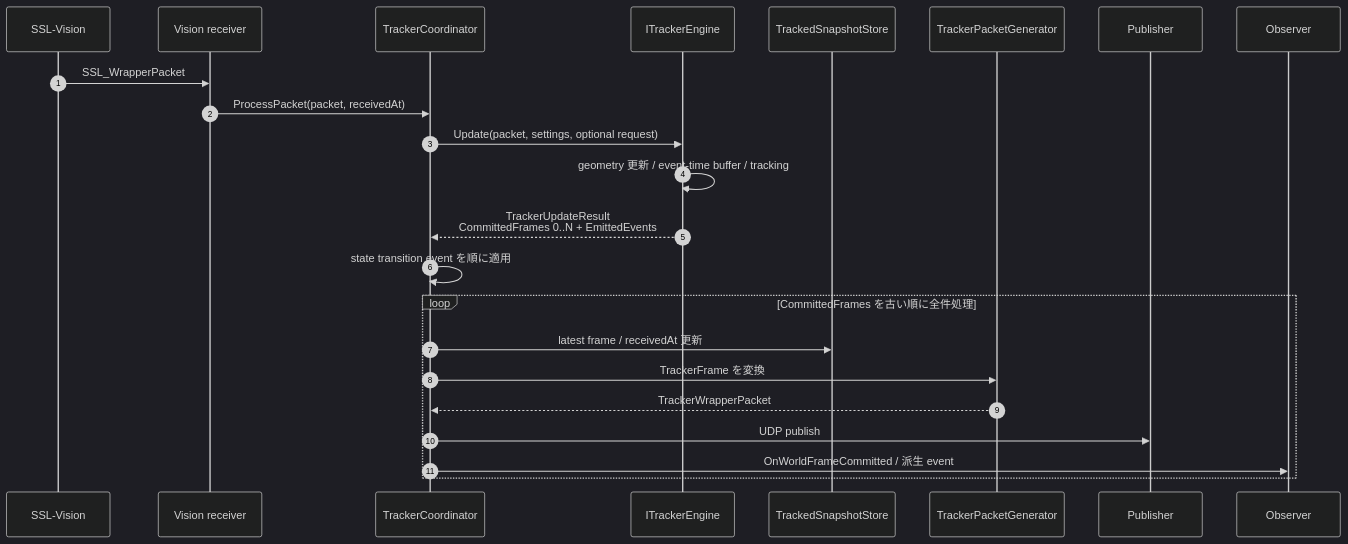
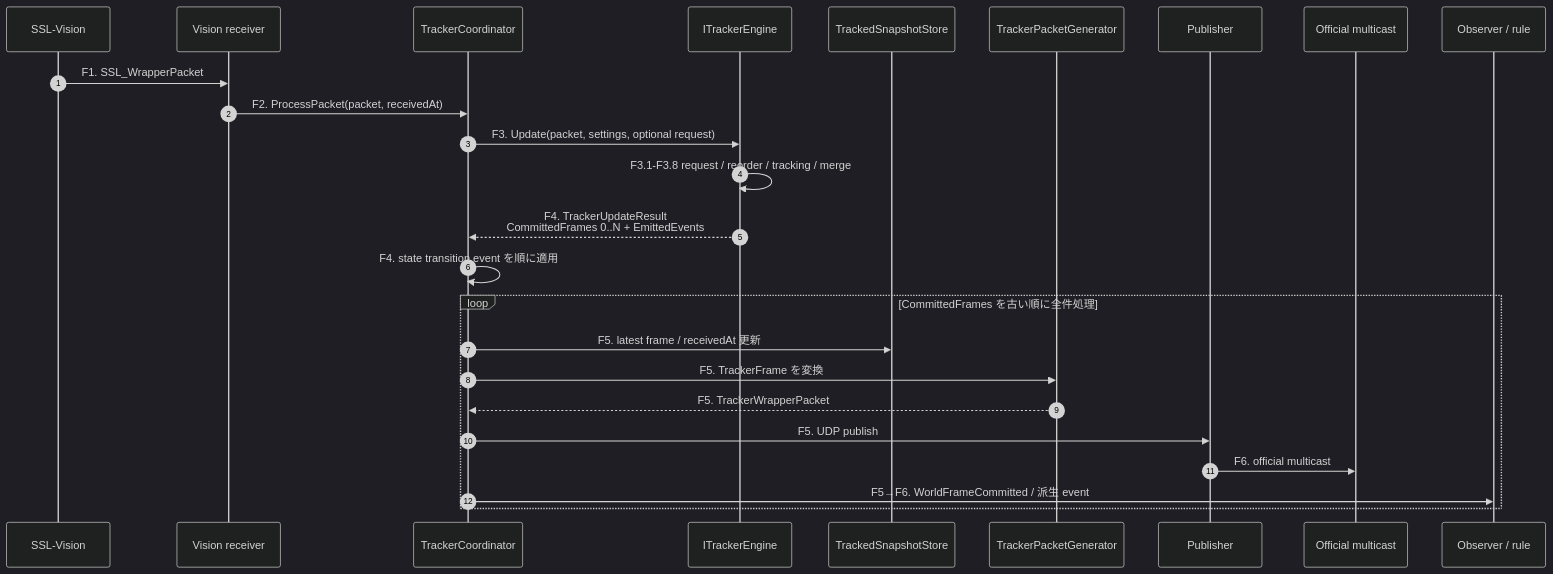
Before and after one commit to ibis-ssl/Duck: the third of 11 diagrams in Tracker/Design/Core/tracker-architecture-plan.md, drawn with Mermaid (dark theme). The commit also changed other lines of this file, not shown here.

Commit message:
docs(tracker): 全体フローと詳細図の対応を明示する

````diff
--- a/Tracker/Design/Core/tracker-architecture-plan.md
+++ b/Tracker/Design/Core/tracker-architecture-plan.md
@@ -119,28 +173,30 @@
 ```mermaid
 sequenceDiagram
     autonumber
     participant V as SSL-Vision
     participant R as Vision receiver
     participant C as TrackerCoordinator
     participant E as ITrackerEngine
     participant S as TrackedSnapshotStore
     participant G as TrackerPacketGenerator
     participant P as Publisher
-    participant O as Observer
+    participant M as Official multicast
+    participant O as Observer / rule
 
-    V->>R: SSL_WrapperPacket
-    R->>C: ProcessPacket(packet, receivedAt)
-    C->>E: Update(packet, settings, optional request)
-    E->>E: geometry 更新 / event-time buffer / tracking
-    E-->>C: TrackerUpdateResult<br/>CommittedFrames 0..N + EmittedEvents
+    V->>R: F1. SSL_WrapperPacket
+    R->>C: F2. ProcessPacket(packet, receivedAt)
+    C->>E: F3. Update(packet, settings, optional request)
+    E->>E: F3.1-F3.8 request / reorder / tracking / merge
+    E-->>C: F4. TrackerUpdateResult<br/>CommittedFrames 0..N + EmittedEvents
 
-    C->>C: state transition event を順に適用
+    C->>C: F4. state transition event を順に適用
 
     loop CommittedFrames を古い順に全件処理
-        C->>S: latest frame / receivedAt 更新
-        C->>G: TrackerFrame を変換
-        G-->>C: TrackerWrapperPacket
-        C->>P: UDP publish
-        C->>O: OnWorldFrameCommitted / 派生 event
+        C->>S: F5. latest frame / receivedAt 更新
+        C->>G: F5. TrackerFrame を変換
+        G-->>C: F5. TrackerWrapperPacket
+        C->>P: F5. UDP publish
+        P->>M: F6. official multicast
+        C->>O: F5→F6. WorldFrameCommitted / 派生 event
     end
 ```
````
